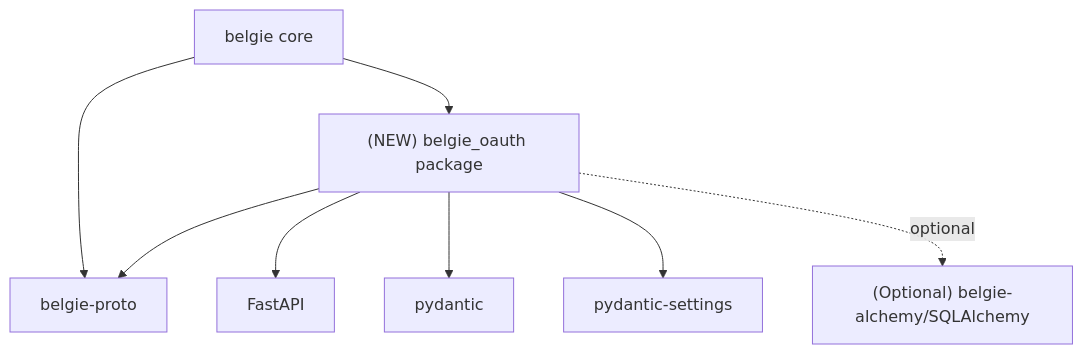
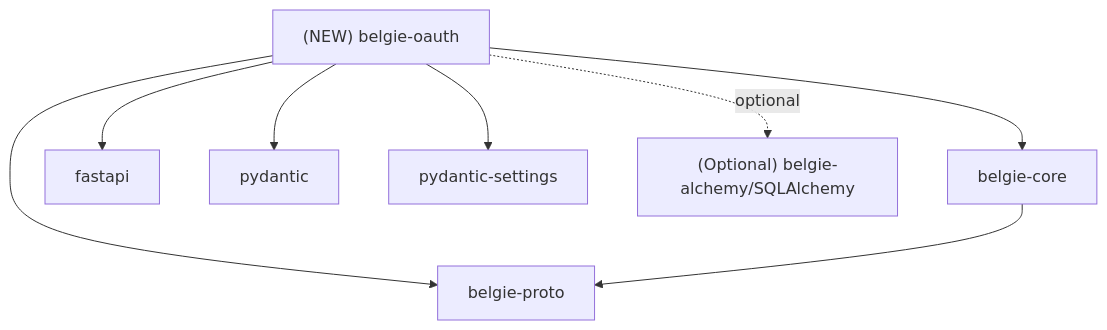
Before and after one commit to mplemay/belgie: the fifth of 5 diagrams in design/010-belgie-oauth-auth-server.md, drawn with Mermaid. The commit also changed other lines of this file and 21 other files, not shown here.

Commit message:
feat: add belgie-oauth auth server plugin

````diff
--- a/design/010-belgie-oauth-auth-server.md
+++ b/design/010-belgie-oauth-auth-server.md
@@ -194,18 +209,19 @@
 ```mermaid
 graph TD
-    Belgie["belgie core"]
-    OAuthPkg["(NEW) belgie_oauth package"]
-    ProtoPkg["belgie-proto"]
-    FastAPI["FastAPI"]
-    Pydantic["pydantic"]
-    PydanticSettings["pydantic-settings"]
+    BelgieCore[belgie-core]
+    OAuthPkg["(NEW) belgie-oauth"]
+    ProtoPkg[belgie-proto]
+    FastAPI[fastapi]
+    Pydantic[pydantic]
+    PydanticSettings[pydantic-settings]
     Alchemy["(Optional) belgie-alchemy/SQLAlchemy"]
 
-    Belgie --> OAuthPkg
-    Belgie --> ProtoPkg
+    OAuthPkg --> BelgieCore
     OAuthPkg --> ProtoPkg
     OAuthPkg --> FastAPI
     OAuthPkg --> Pydantic
     OAuthPkg --> PydanticSettings
     OAuthPkg -. optional .-> Alchemy
+
+    BelgieCore --> ProtoPkg
 ```
````
